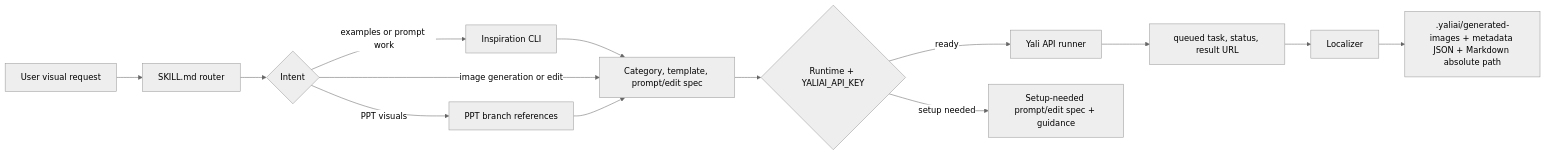
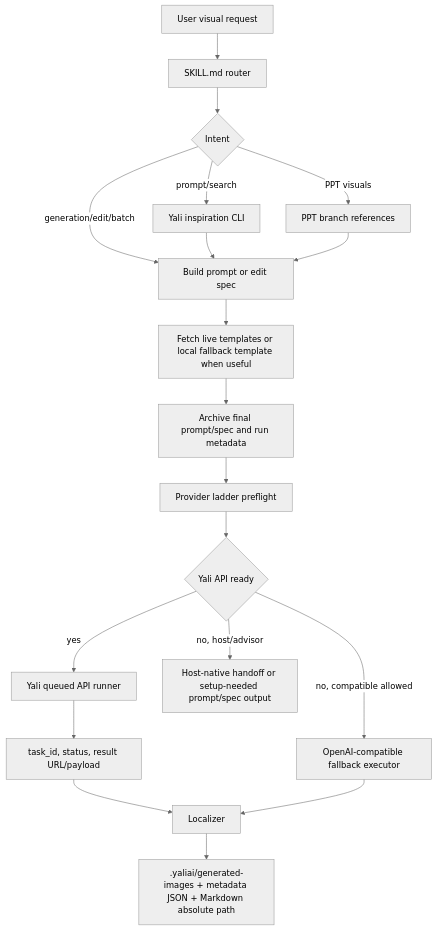
The diagram in SKILL.md (pptt121212/yaliai-gpt-image-2-inspiration), drawn with Mermaid (neutral theme) before and after one commit. The commit also changed other lines of this file and 13 other files, not shown here.

Commit message:
Align skill docs with provider fallback workflow

````diff
--- a/SKILL.md
+++ b/SKILL.md
@@ -33,16 +33,21 @@
 ```mermaid
-flowchart LR
+flowchart TD
   U["User visual request"] --> R["SKILL.md router"]
   R --> C{"Intent"}
-  C -->|examples or prompt work| I["Inspiration CLI"]
-  I --> P["Category, template, prompt/edit spec"]
-  C -->|image generation or edit| P
+  C -->|prompt/search| I["Yali inspiration CLI"]
+  C -->|generation/edit/batch| P["Build prompt or edit spec"]
   C -->|PPT visuals| PPT["PPT branch references"]
+  I --> P
   PPT --> P
-  P --> K{"Runtime + YALIAI_API_KEY"}
-  K -->|ready| Y["Yali API runner"]
-  Y --> T["queued task, status, result URL"]
-  T --> L["Localizer"]
+  P --> T["Fetch live templates or local fallback template when useful"]
+  T --> A["Archive final prompt/spec and run metadata"]
+  A --> V["Provider ladder preflight"]
+  V --> K{"Yali API ready"}
+  K -->|yes| Y["Yali queued API runner"]
+  Y --> S["task_id, status, result URL/payload"]
+  S --> L["Localizer"]
   L --> O[".yaliai/generated-images + metadata JSON + Markdown absolute path"]
-  K -->|setup needed| Q["Setup-needed prompt/edit spec + guidance"]
+  K -->|no, compatible allowed| X["OpenAI-compatible fallback executor"]
+  X --> L
+  K -->|no, host/advisor| Q["Host-native handoff or setup-needed prompt/spec output"]
 ```
````
